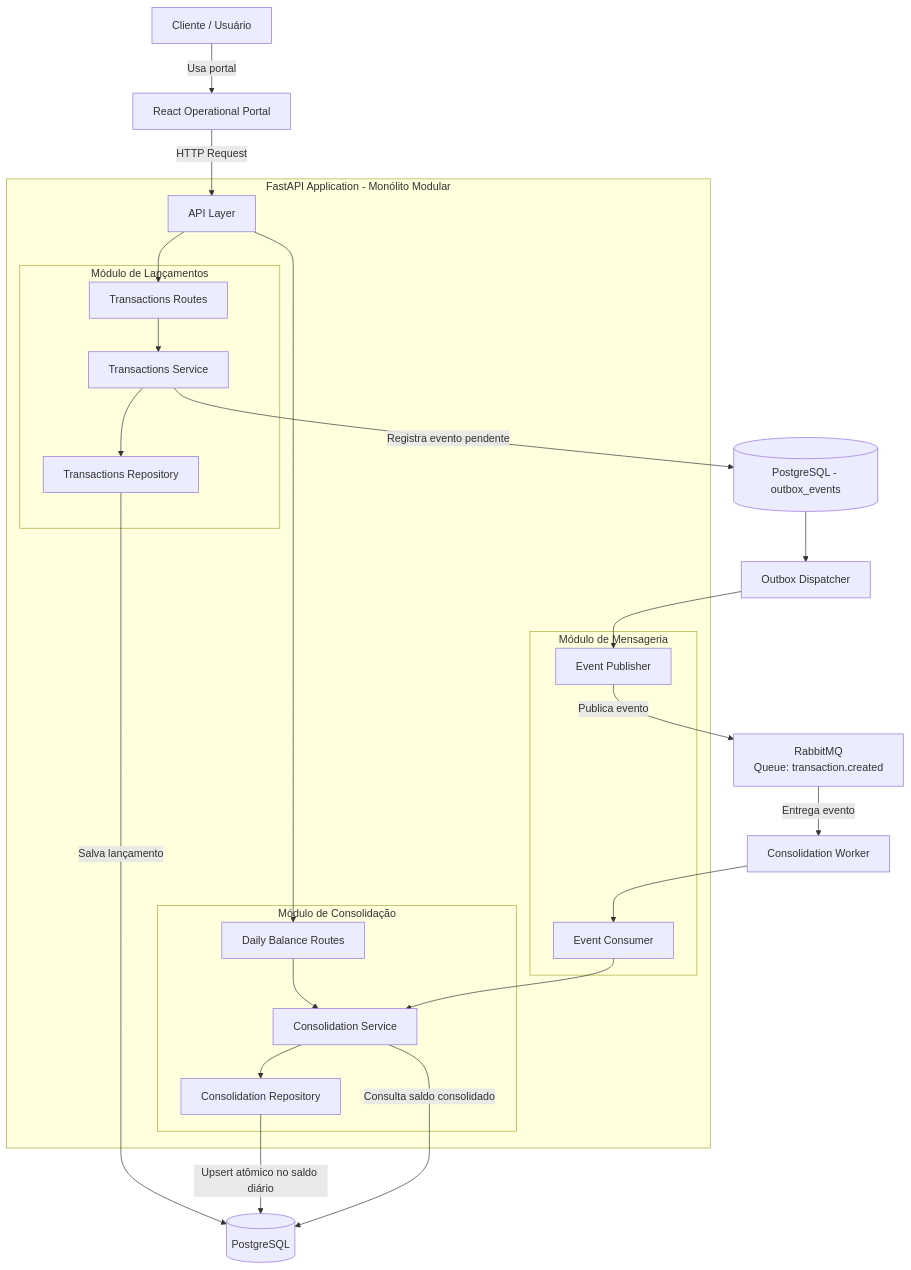
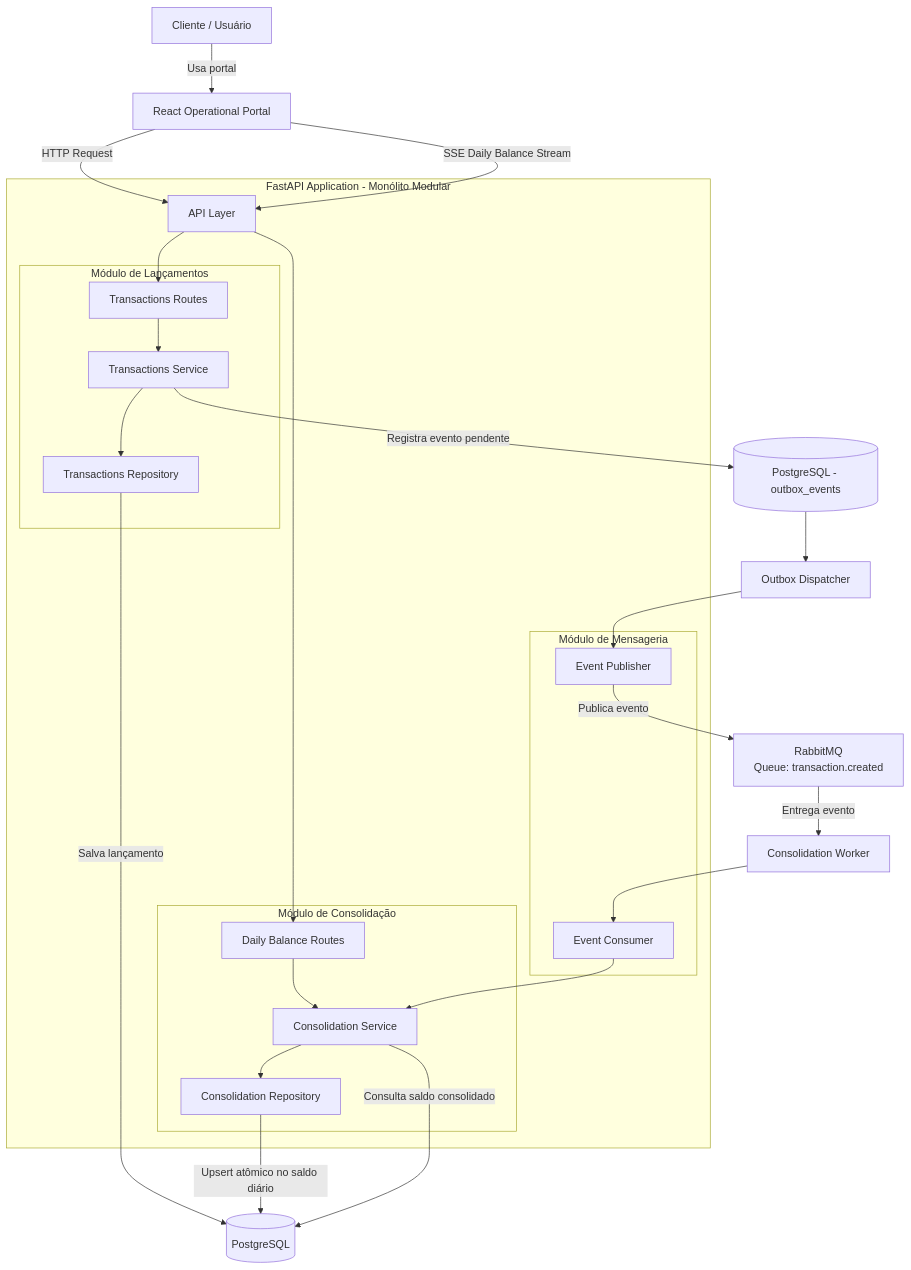
The second of 8 diagrams in docs/architecture.md (evosoftwares/cashflow-challenge-Gabriel), drawn with Mermaid before and after one commit. The commit also changed other lines of this file and 11 other files, not shown here.

Commit message:
Add realtime daily balance updates

````diff
--- a/docs/architecture.md
+++ b/docs/architecture.md
@@ -34,45 +35,46 @@
 ```mermaid
 flowchart TD
     CLIENT[Cliente / Usuário]
     UI[React Operational Portal]
     subgraph APP[FastAPI Application - Monólito Modular]
         API[API Layer]
         subgraph TRANSACTIONS[Módulo de Lançamentos]
             TRoutes[Transactions Routes]
             TService[Transactions Service]
             TRepo[Transactions Repository]
         end
         subgraph CONSOLIDATION[Módulo de Consolidação]
             CRoutes[Daily Balance Routes]
             CService[Consolidation Service]
             CRepo[Consolidation Repository]
         end
         subgraph MESSAGING[Módulo de Mensageria]
             Publisher[Event Publisher]
             Consumer[Event Consumer]
         end
     end
     DB[(PostgreSQL)]
     OUTBOX[(PostgreSQL - outbox_events)]
     DISPATCHER[Outbox Dispatcher]
     MQ[RabbitMQ<br/>Queue: transaction.created]
     WORKER[Consolidation Worker]
     CLIENT -->|Usa portal| UI
     UI -->|HTTP Request| API
+    UI -->|SSE Daily Balance Stream| API
     API --> TRoutes
     TRoutes --> TService
     TService --> TRepo
     TRepo -->|Salva lançamento| DB
     TService -->|Registra evento pendente| OUTBOX
     OUTBOX --> DISPATCHER
     DISPATCHER --> Publisher
     Publisher -->|Publica evento| MQ
     MQ -->|Entrega evento| WORKER
     WORKER --> Consumer
     Consumer --> CService
     CService --> CRepo
     CRepo -->|Upsert atômico no saldo diário| DB
     API --> CRoutes
     CRoutes --> CService
     CService -->|Consulta saldo consolidado| DB
 ```
````
